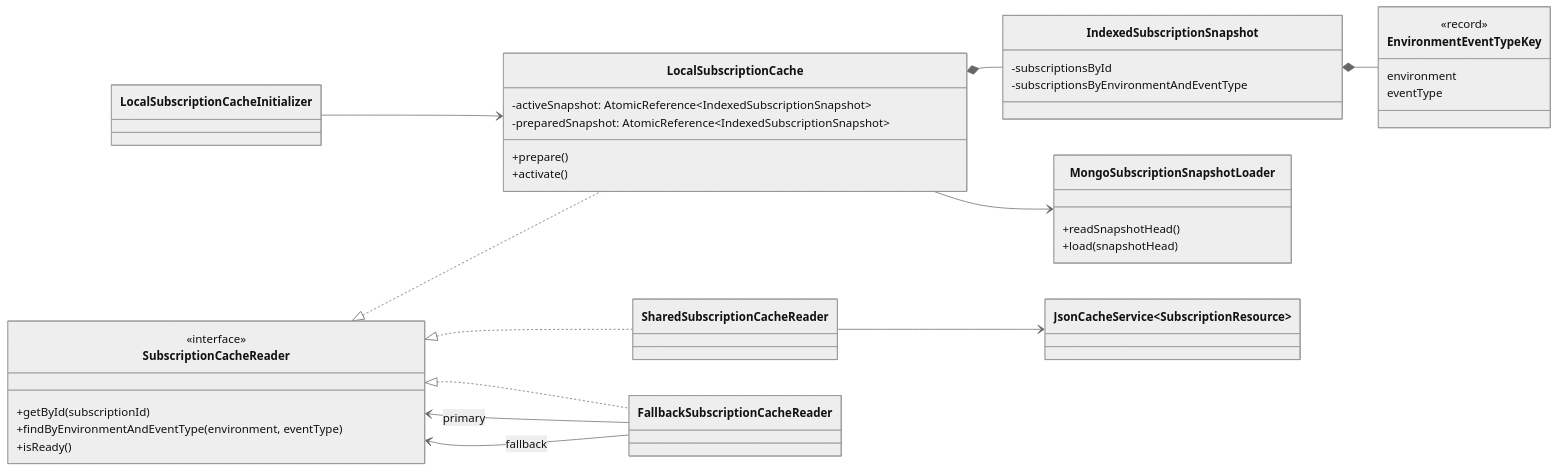
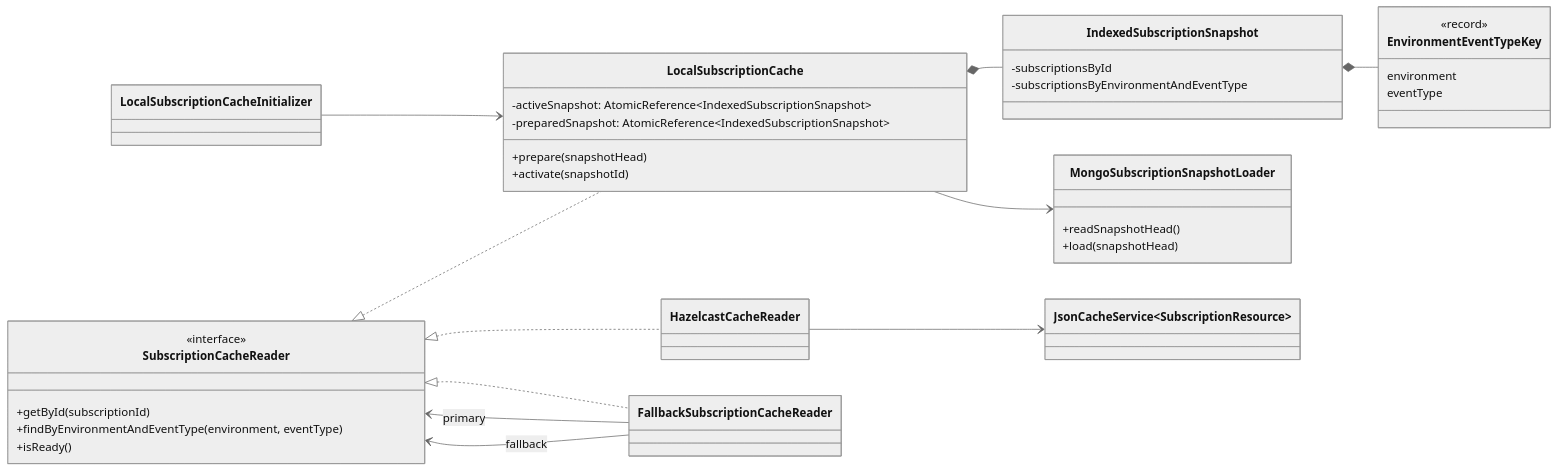
The first of 2 diagrams in docs/local-subscription-cache.md (telekom/pubsub-horizon-spring-parent), drawn with Mermaid (neutral theme) before and after one commit. The commit also changed other lines of this file and 21 other files, not shown here.

First line of the commit message:
feat: finalize local subscription cache

````diff
--- a/docs/local-subscription-cache.md
+++ b/docs/local-subscription-cache.md
@@ -27,45 +24,45 @@
 ```mermaid
 classDiagram
     direction LR
 
     class SubscriptionCacheReader {
         <<interface>>
         +getById(subscriptionId)
         +findByEnvironmentAndEventType(environment, eventType)
         +isReady()
     }
     class LocalSubscriptionCache {
         -activeSnapshot: AtomicReference~IndexedSubscriptionSnapshot~
         -preparedSnapshot: AtomicReference~IndexedSubscriptionSnapshot~
-        +prepare()
-        +activate()
+        +prepare(snapshotHead)
+        +activate(snapshotId)
     }
-    class SharedSubscriptionCacheReader
+    class HazelcastCacheReader
     class FallbackSubscriptionCacheReader
     class IndexedSubscriptionSnapshot {
         -subscriptionsById
         -subscriptionsByEnvironmentAndEventType
     }
     class EnvironmentEventTypeKey {
         <<record>>
         environment
         eventType
     }
     class MongoSubscriptionSnapshotLoader {
         +readSnapshotHead()
         +load(snapshotHead)
     }
     class JsonCacheService~SubscriptionResource~
     class LocalSubscriptionCacheInitializer
 
     SubscriptionCacheReader <|.. LocalSubscriptionCache
-    SubscriptionCacheReader <|.. SharedSubscriptionCacheReader
+    SubscriptionCacheReader <|.. HazelcastCacheReader
     SubscriptionCacheReader <|.. FallbackSubscriptionCacheReader
     LocalSubscriptionCache *-- IndexedSubscriptionSnapshot
     IndexedSubscriptionSnapshot *-- EnvironmentEventTypeKey
     LocalSubscriptionCache --> MongoSubscriptionSnapshotLoader
-    SharedSubscriptionCacheReader --> JsonCacheService~SubscriptionResource~
+    HazelcastCacheReader --> JsonCacheService~SubscriptionResource~
     FallbackSubscriptionCacheReader --> SubscriptionCacheReader : primary
     FallbackSubscriptionCacheReader --> SubscriptionCacheReader : fallback
     LocalSubscriptionCacheInitializer --> LocalSubscriptionCache
 ```
````
